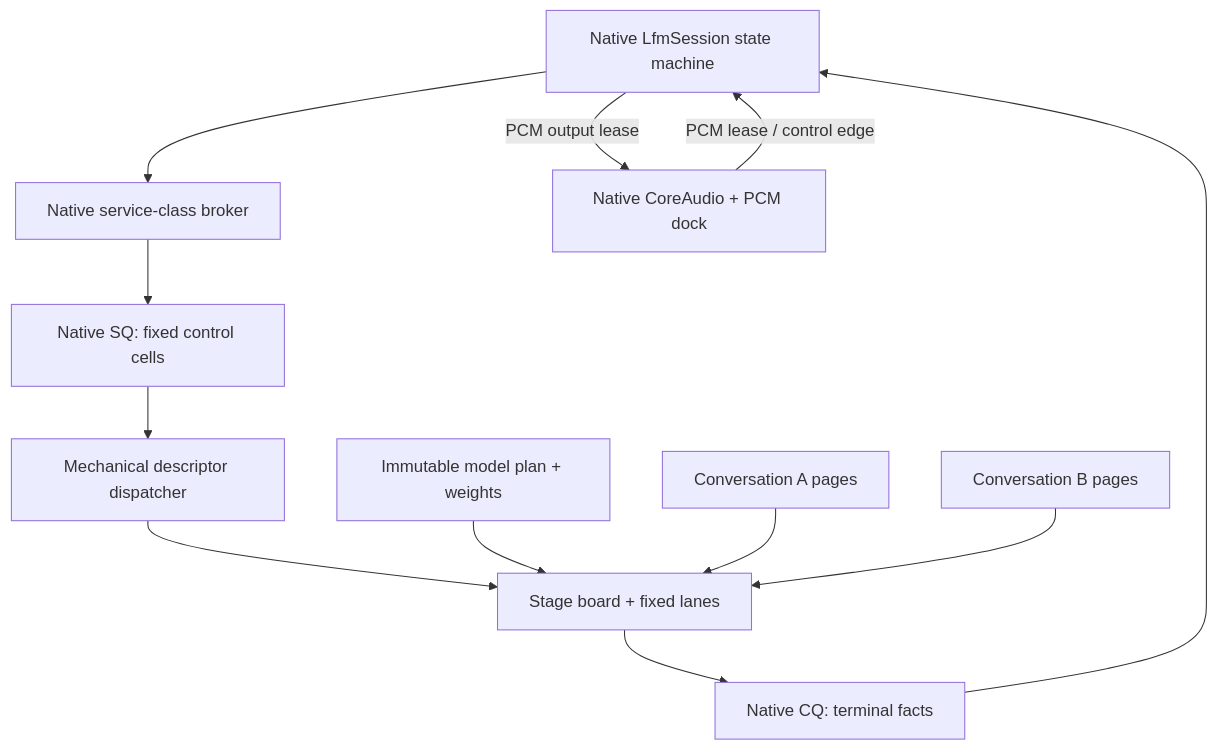
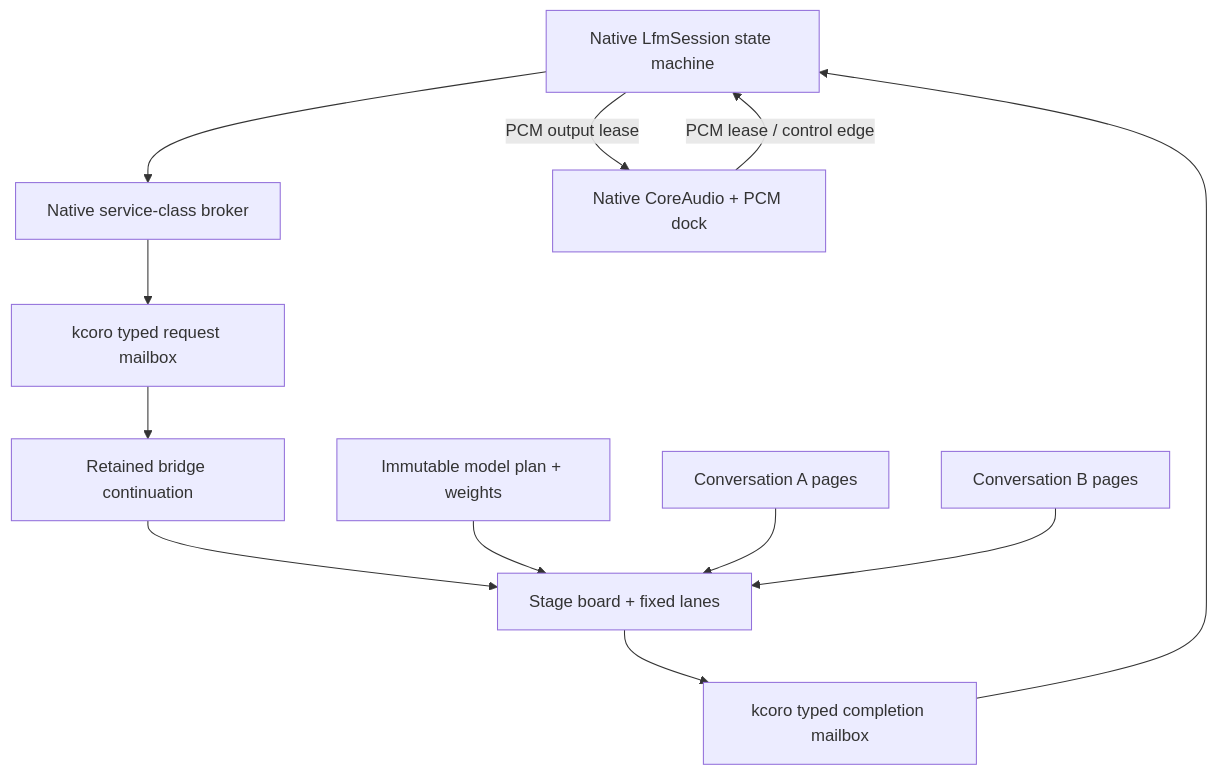
The diagram in specs/11-kcoro-native-migration/03-scheduler-passes-and-recurrence.md (SolaceHarmony/emberharmony), drawn with Mermaid before and after one commit. The commit also changed other lines of this file and 22 other files, not shown here.

Commit message:
Replace native bridge with kcoro mailbox

````diff
--- a/specs/11-kcoro-native-migration/03-scheduler-passes-and-recurrence.md
+++ b/specs/11-kcoro-native-migration/03-scheduler-passes-and-recurrence.md
@@ -61,25 +68,25 @@
 ```mermaid
 flowchart TB
     Session["Native LfmSession state machine"]
     Broker["Native service-class broker"]
-    SQ["Native SQ: fixed control cells"]
-    Dispatch["Mechanical descriptor dispatcher"]
+    SQ["kcoro typed request mailbox"]
+    Dispatch["Retained bridge continuation"]
     Board["Stage board + fixed lanes"]
-    CQ["Native CQ: terminal facts"]
+    CQ["kcoro typed completion mailbox"]
     ConvA["Conversation A pages"]
     ConvB["Conversation B pages"]
     Model["Immutable model plan + weights"]
     Audio["Native CoreAudio + PCM dock"]
 
     Audio -->|"PCM lease / control edge"| Session
     Session --> Broker
     Broker --> SQ
     SQ --> Dispatch
     Dispatch --> Board
     Board --> CQ
     CQ --> Session
     Model --> Board
     ConvA --> Board
     ConvB --> Board
     Session -->|"PCM output lease"| Audio
 ```
````
